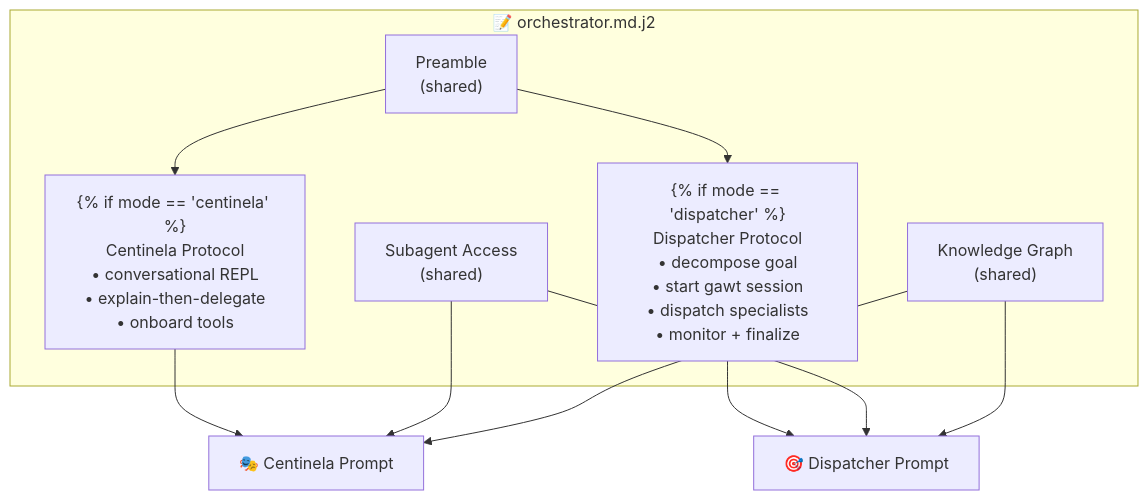
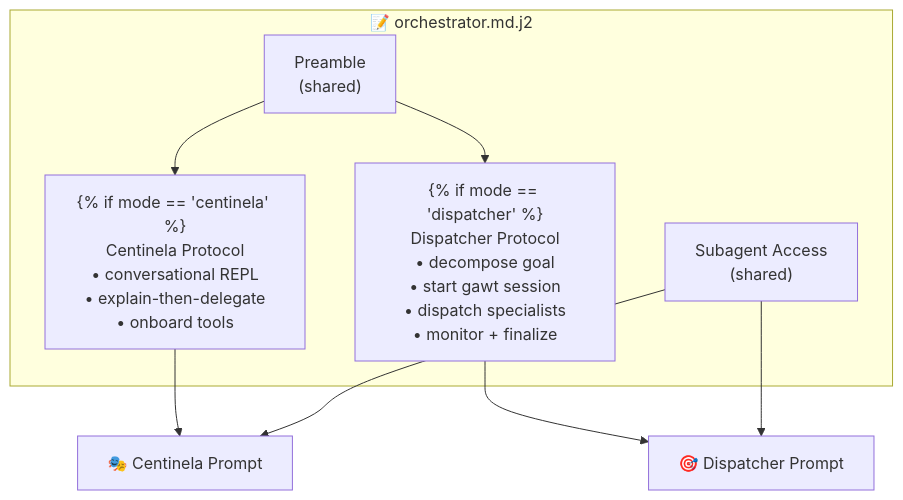
The seventh of 9 diagrams in docs/diagrams/janus-architecture.md (ANFAIA/MalariaSentinel), drawn with Mermaid before and after one commit. The commit also changed other lines of this file and 37 other files, not shown here.

First line of the commit message:
docs: drop knowledge-graph references after retiring the memory module

````diff
--- a/docs/diagrams/janus-architecture.md
+++ b/docs/diagrams/janus-architecture.md
@@ -248,22 +237,19 @@
 ```mermaid
 graph TB
     subgraph Template["📝 orchestrator.md.j2"]
         P["Preamble<br/>(shared)"]
         CU["{% if mode == 'centinela' %}<br/>Centinela Protocol<br/>• conversational REPL<br/>• explain-then-delegate<br/>• onboard tools"]
         DU["{% if mode == 'dispatcher' %}<br/>Dispatcher Protocol<br/>• decompose goal<br/>• start gawt session<br/>• dispatch specialists<br/>• monitor + finalize"]
         SA["Subagent Access<br/>(shared)"]
-        KG["Knowledge Graph<br/>(shared)"]
     end
 
     C_OUT["🎭 Centinela Prompt"] 
     D_OUT["🎯 Dispatcher Prompt"]
 
     P --> CU
     P --> DU
     CU --> C_OUT
     DU --> D_OUT
     SA --> C_OUT
     SA --> D_OUT
-    KG --> C_OUT
-    KG --> D_OUT
 ```
````
